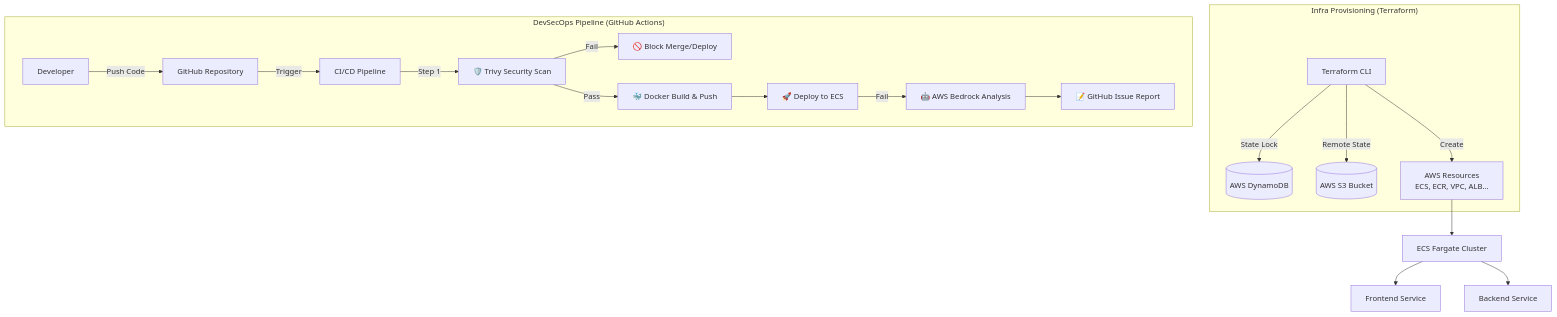
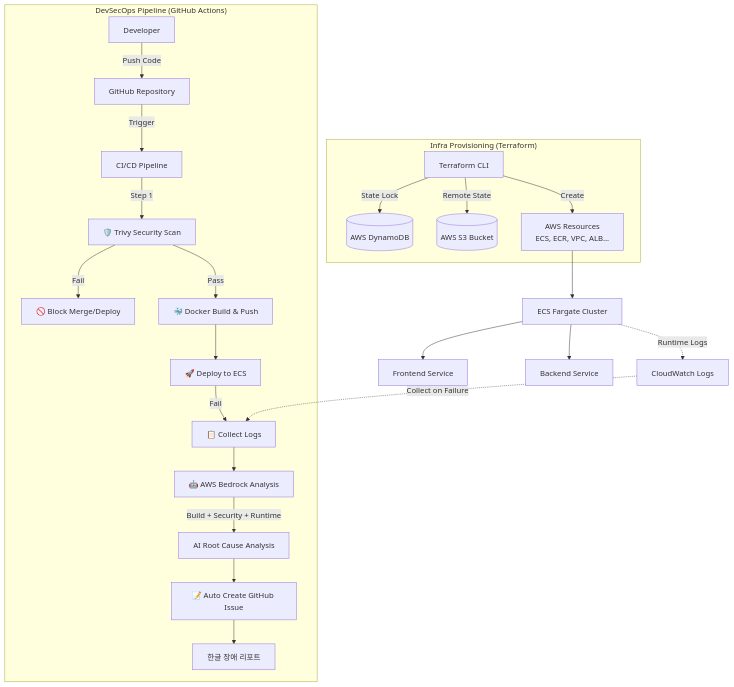
The diagram in doc/issue/DEVSECOPS_PIPELINE_IMPLEMENTATION.md (siheon012/capstone), drawn with Mermaid before and after one commit. The commit also changed other lines of this file and 5 other files, not shown here.

````diff
--- a/doc/issue/DEVSECOPS_PIPELINE_IMPLEMENTATION.md
+++ b/doc/issue/DEVSECOPS_PIPELINE_IMPLEMENTATION.md
@@ -118,25 +202,32 @@
 ```mermaid
 graph TD
     subgraph "Infra Provisioning (Terraform)"
         TF[Terraform CLI] -->|State Lock| DDB[(AWS DynamoDB)]
         TF -->|Remote State| S3[(AWS S3 Bucket)]
         TF -->|Create| AWS_Res[AWS Resources<br/>ECS, ECR, VPC, ALB...]
     end
 
     subgraph "DevSecOps Pipeline (GitHub Actions)"
         User[Developer] -->|Push Code| Github[GitHub Repository]
         Github -->|Trigger| Actions[CI/CD Pipeline]
 
         Actions -->|Step 1| Scan[🛡️ Trivy Security Scan]
         Scan -- Fail --> Block[🚫 Block Merge/Deploy]
         Scan -- Pass --> Build[🐳 Docker Build & Push]
 
         Build --> Deploy[🚀 Deploy to ECS]
-        Deploy -- Fail --> AI[🤖 AWS Bedrock Analysis]
-        AI --> Issue[📝 GitHub Issue Report]
+        Deploy -- Fail --> Collect[📋 Collect Logs]
+        
+        Collect --> AI[🤖 AWS Bedrock Analysis]
+        AI -->|Build + Security + Runtime| Analysis[AI Root Cause Analysis]
+        Analysis --> Issue[📝 Auto Create GitHub Issue]
+        Issue --> Report[한글 장애 리포트]
     end
 
     AWS_Res --> ECS[ECS Fargate Cluster]
     ECS --> Frontend[Frontend Service]
     ECS --> Backend[Backend Service]
+    
+    ECS -.->|Runtime Logs| CW[CloudWatch Logs]
+    CW -.->|Collect on Failure| Collect
 ```
````
